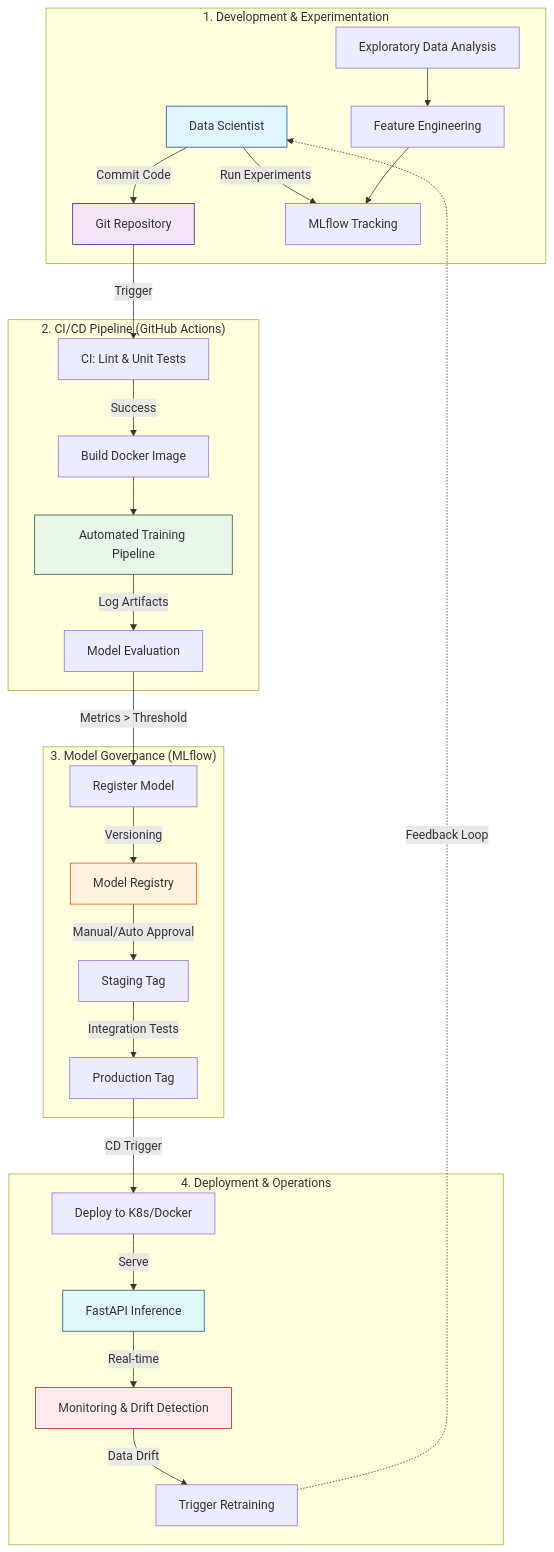
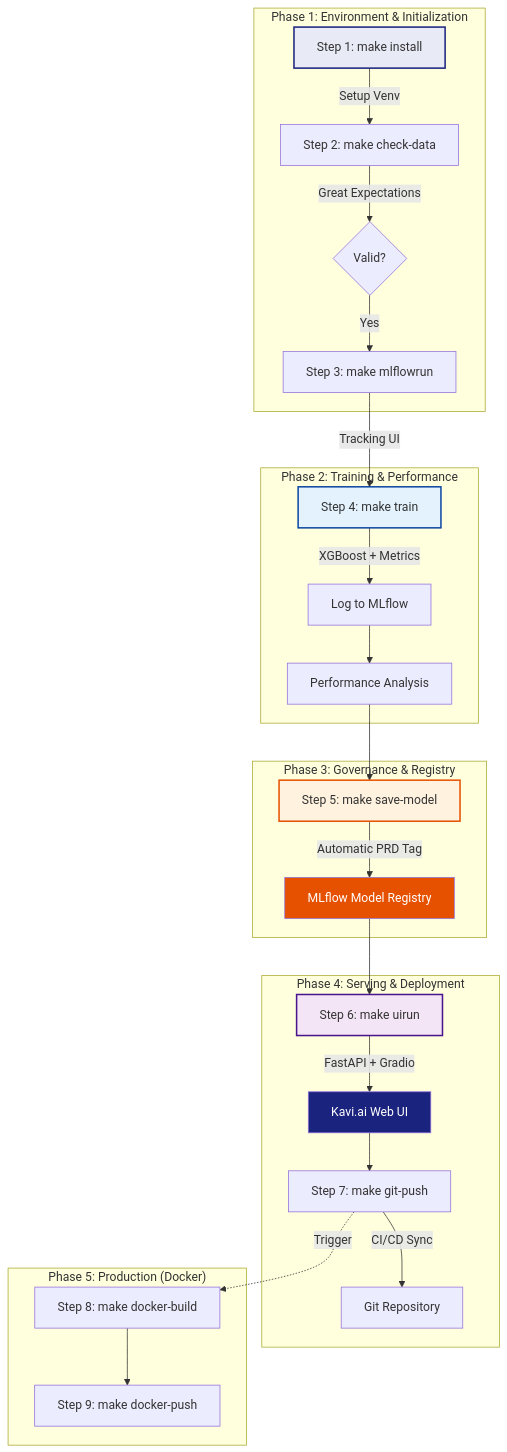
Before and after one commit to machhakiran/mlops-lifecyccle-prod-project: the diagram in README.md, drawn with Mermaid.

Commit message:
Update: 2026-01-17 13:49:08

````diff
--- a/README.md
+++ b/README.md
@@ -30,39 +30,38 @@
 ```mermaid
 graph TD
-    subgraph "1. Development & Experimentation"
-        DS[Data Scientist] -->|Commit Code| Git[Git Repository]
-        DS -->|Run Experiments| Exp[MLflow Tracking]
-        EDA[Exploratory Data Analysis] --> Feature[Feature Engineering]
-        Feature --> Exp
+    subgraph "Phase 1: Environment & Initialization"
+        S1[Step 1: make install] -->|Setup Venv| S2[Step 2: make check-data]
+        S2 -->|Great Expectations| VAL{Valid?}
+        VAL -->|Yes| S3[Step 3: make mlflowrun]
     end
 
-    subgraph "2. CI/CD Pipeline (GitHub Actions)"
-        Git -->|Trigger| CI[CI: Lint & Unit Tests]
-        CI -->|Success| Build[Build Docker Image]
-        Build --> TrainOps[Automated Training Pipeline]
-        TrainOps -->|Log Artifacts| Eval[Model Evaluation]
+    subgraph "Phase 2: Training & Performance"
+        S3 -->|Tracking UI| S4[Step 4: make train]
+        S4 -->|XGBoost + Metrics| LOG[Log to MLflow]
+        LOG --> EVAL[Performance Analysis]
     end
 
-    subgraph "3. Model Governance (MLflow)"
-        Eval -->|Metrics > Threshold| Reg[Register Model]
-        Reg -->|Versioning| MR[Model Registry]
-        MR -->|Manual/Auto Approval| Staging[Staging Tag]
-        Staging -->|Integration Tests| Prod[Production Tag]
+    subgraph "Phase 3: Governance & Registry"
+        EVAL --> S5[Step 5: make save-model]
+        S5 -->|Automatic PRD Tag| REG[MLflow Model Registry]
     end
 
-    subgraph "4. Deployment & Operations"
-        Prod -->|CD Trigger| Deploy[Deploy to K8s/Docker]
-        Deploy -->|Serve| API[FastAPI Inference]
-        API -->|Real-time| Mon[Monitoring & Drift Detection]
-        Mon -->|Data Drift| Alert[Trigger Retraining]
+    subgraph "Phase 4: Serving & Deployment"
+        REG --> S6[Step 6: make uirun]
+        S6 -->|FastAPI + Gradio| APP[Kavi.ai Web UI]
+        APP --> S7[Step 7: make git-push]
+        S7 -->|CI/CD Sync| VCS[Git Repository]
     end
 
-    Alert -.->|Feedback Loop| DS
+    subgraph "Phase 5: Production (Docker)"
+        S7 -.->|Trigger| D1[Step 8: make docker-build]
+        D1 --> D2[Step 9: make docker-push]
+    end
 
-    style DS fill:#e1f5fe,stroke:#01579b
-    style Git fill:#f3e5f5,stroke:#4a148c
-    style TrainOps fill:#e8f5e9,stroke:#1b5e20
-    style MR fill:#fff3e0,stroke:#e65100
-    style API fill:#e0f7fa,stroke:#006064
-    style Mon fill:#ffebee,stroke:#b71c1c
+    style S1 fill:#e8eaf6,stroke:#1a237e,stroke-width:2px
+    style S4 fill:#e3f2fd,stroke:#0d47a1,stroke-width:2px
+    style S5 fill:#fff3e0,stroke:#e65100,stroke-width:2px
+    style S6 fill:#f3e5f5,stroke:#4a148c,stroke-width:2px
+    style APP fill:#1a237e,color:#fff
+    style REG fill:#e65100,color:#fff
 ```
````
